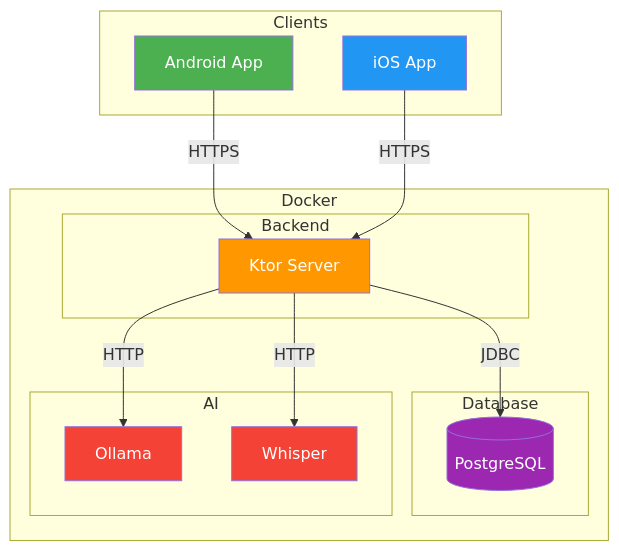
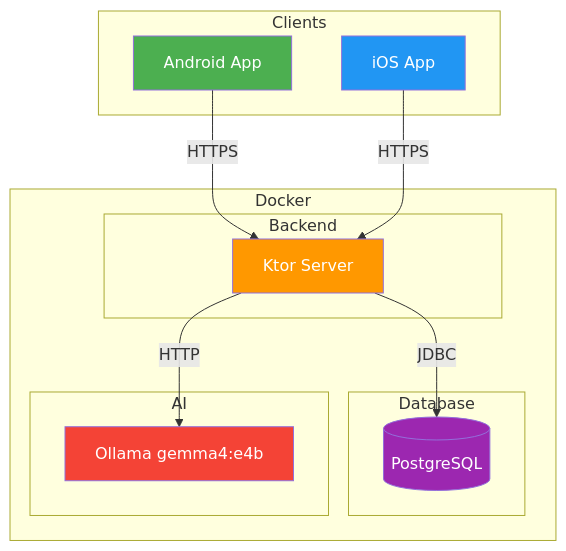
Before and after one commit to LStudioO/skilky-money-tracker: the first of 9 diagrams in docs/architecture.md, drawn with Mermaid. The commit also changed other lines of this file and 1 other file, not shown here.

First line of the commit message:
Correct architecture and data-model docs to match the code.

````diff
--- a/docs/architecture.md
+++ b/docs/architecture.md
@@ -5,33 +5,30 @@
 ```mermaid
 graph TB
     subgraph Clients
         A[Android App]
         I[iOS App]
     end
 
     subgraph Docker
         subgraph Backend
             K[Ktor Server]
         end
         subgraph Database
             P[(PostgreSQL)]
         end
         subgraph AI
-            O[Ollama]
-            W[Whisper]
+            O[Ollama gemma4:e4b]
         end
     end
 
     A -- HTTPS --> K
     I -- HTTPS --> K
     K -- JDBC --> P
     K -- HTTP --> O
-    K -- HTTP --> W
 
     style A fill:#4CAF50,color:#fff
     style I fill:#2196F3,color:#fff
     style K fill:#FF9800,color:#fff
     style P fill:#9C27B0,color:#fff
     style O fill:#F44336,color:#fff
-    style W fill:#F44336,color:#fff
 ```
````
